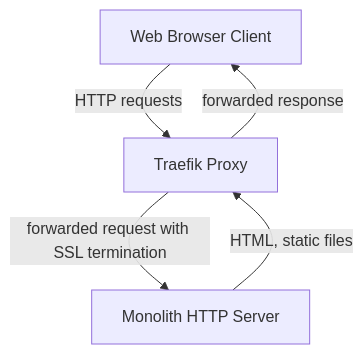
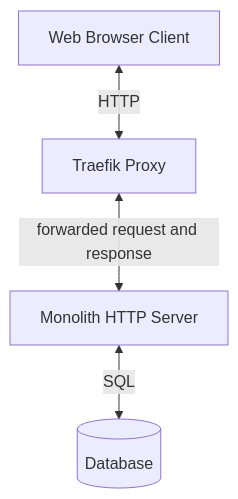
The diagram in docs/architecture/README.md (Tiernebre/zone-blitz-deprecated), drawn with Mermaid before and after one commit. The commit also changed 2 other files, not shown here.

Commit message:
Document the PostgreSQL database in the documentation with regards to development and where it lives in the ecosystem (#48)

````diff
--- a/docs/architecture/README.md
+++ b/docs/architecture/README.md
@@ -5,10 +5,10 @@
 ```mermaid
 flowchart TB
   client[Web Browser Client]
   proxy[Traefik Proxy]
   server[Monolith HTTP Server]
-  client -- HTTP requests --> proxy
-  server -- HTML, static files --> proxy
-  proxy -- forwarded request with SSL termination--> server
-  proxy -- forwarded response --> client
+  database[(Database)]
+  client <-- HTTP --> proxy
+  proxy <-- forwarded request and response --> server
+  server <-- SQL --> database
 ```
````
